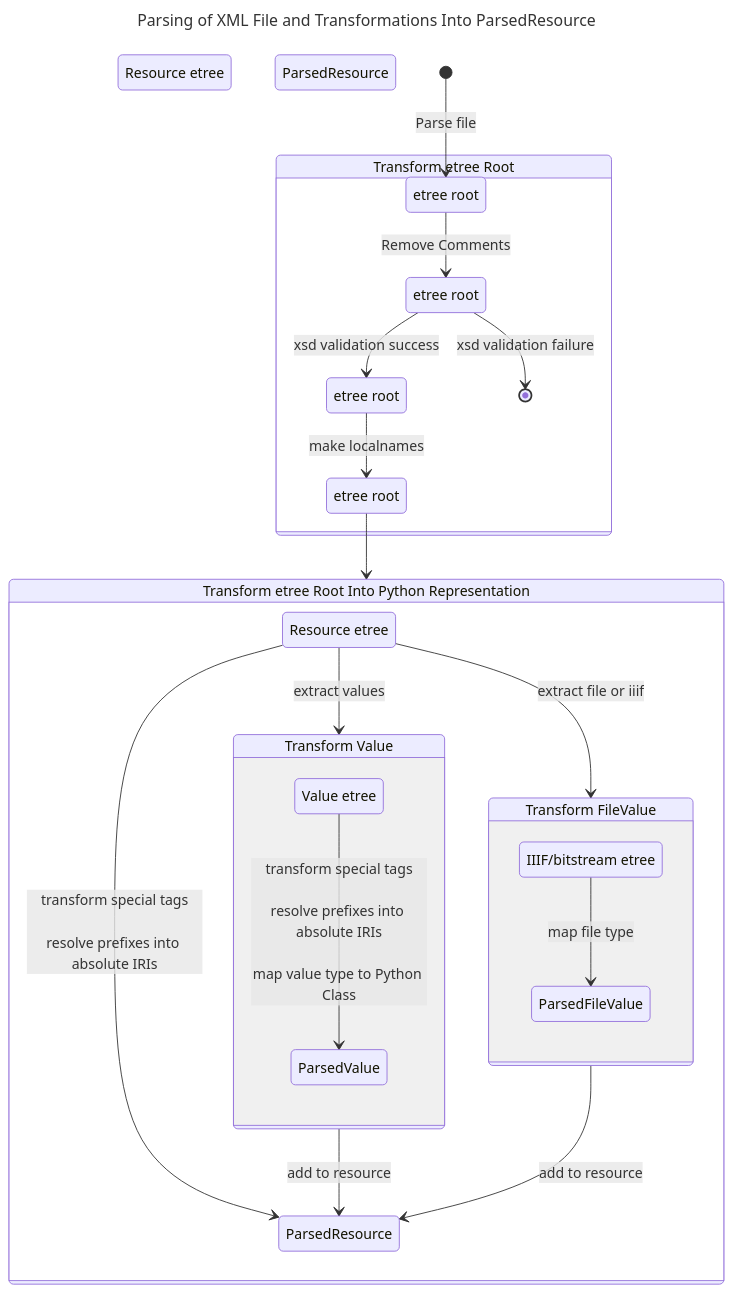
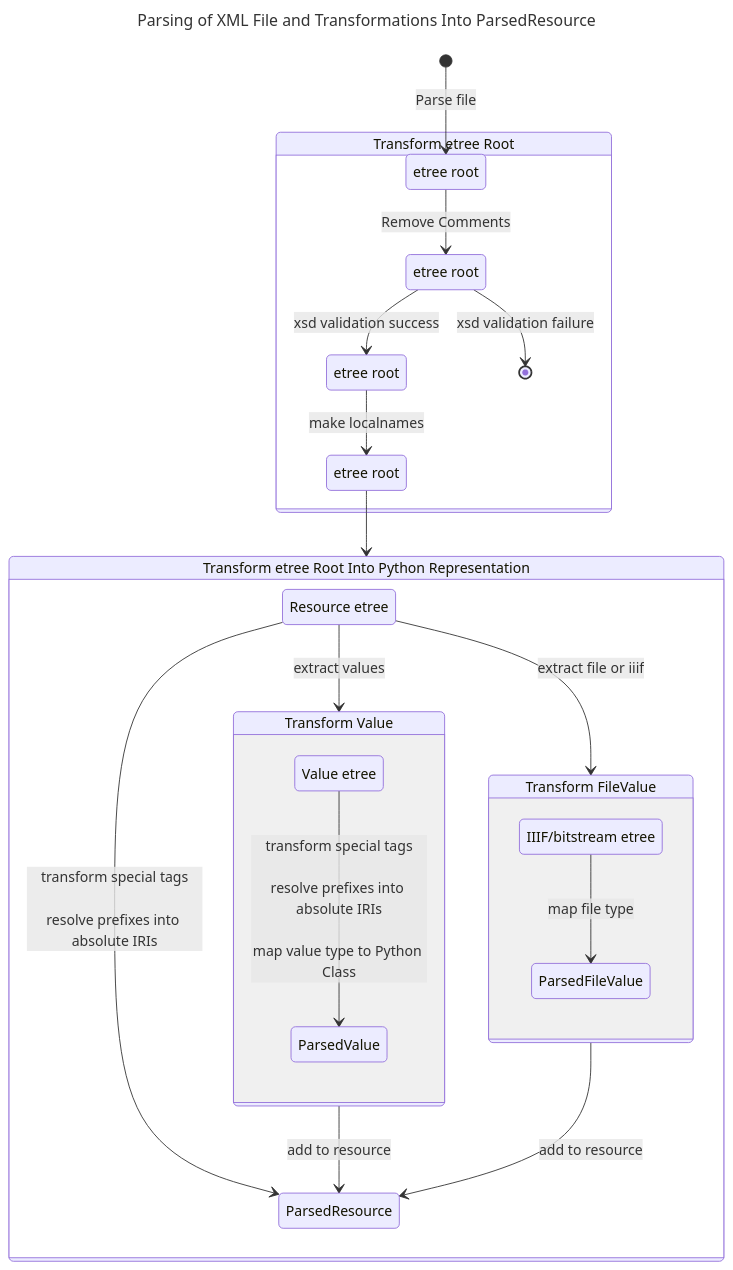
Before and after one commit to dasch-swiss/dsp-tools: the second of 3 diagrams in docs/developers/architecture.md, drawn with Mermaid. The commit also changed other lines of this file, not shown here.

````diff
--- a/docs/developers/architecture.md
+++ b/docs/developers/architecture.md
@@ -50,47 +50,45 @@
 ```mermaid
 ---
 title: Parsing of XML File and Transformations Into ParsedResource
 ---
 stateDiagram-v2
 state "Transform etree Root" as eroot
 state "Transform etree Root Into Python Representation" as transpy
 state "Resource etree" as resetree1
-state "Resource etree" as resetree2
 state "ParsedResource" as respars
 state "Value etree" as valtree
 state "IIIF/bitstream etree" as filetree
 state "ParsedValue" as valpars
 state "ParsedFileValue" as filepars
 state "Transform Value" as transval
 state "Transform FileValue" as transfile
-state "ParsedResource" as rescontent
 
 [*]-->r1: Parse file
 
 r4-->transpy
     state eroot {
         state "etree root" as r1
         state "etree root" as r2
         state "etree root" as r3
         state "etree root" as r4
         r1-->r2: Remove Comments
         r2-->[*]: xsd validation failure
         r2-->r3: xsd validation success
         r3-->r4: make localnames
     }
     state transpy {
         resetree1-->transval: extract values
         resetree1-->transfile: extract file or iiif
         resetree1-->respars: transform special tags<br/><br/>resolve prefixes into absolute IRIs
 
         state transval {
             valtree-->valpars: transform special tags<br/><br/>resolve prefixes into absolute IRIs<br/><br/>map value type to Python Class
         }
         transval-->respars: add to resource
 
         state transfile {
             filetree-->filepars: map file type
         }
         transfile-->respars: add to resource
     }
 ```
````
